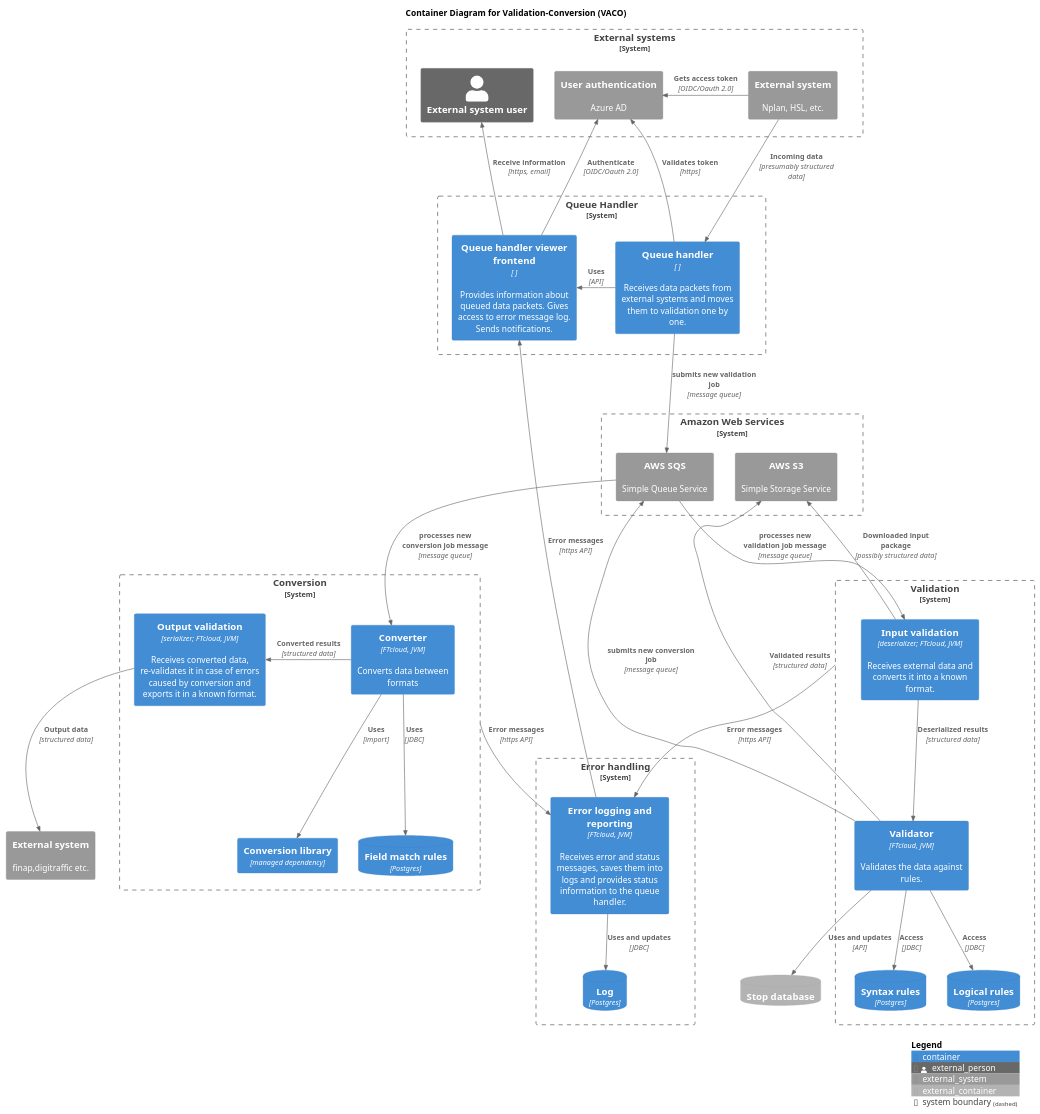
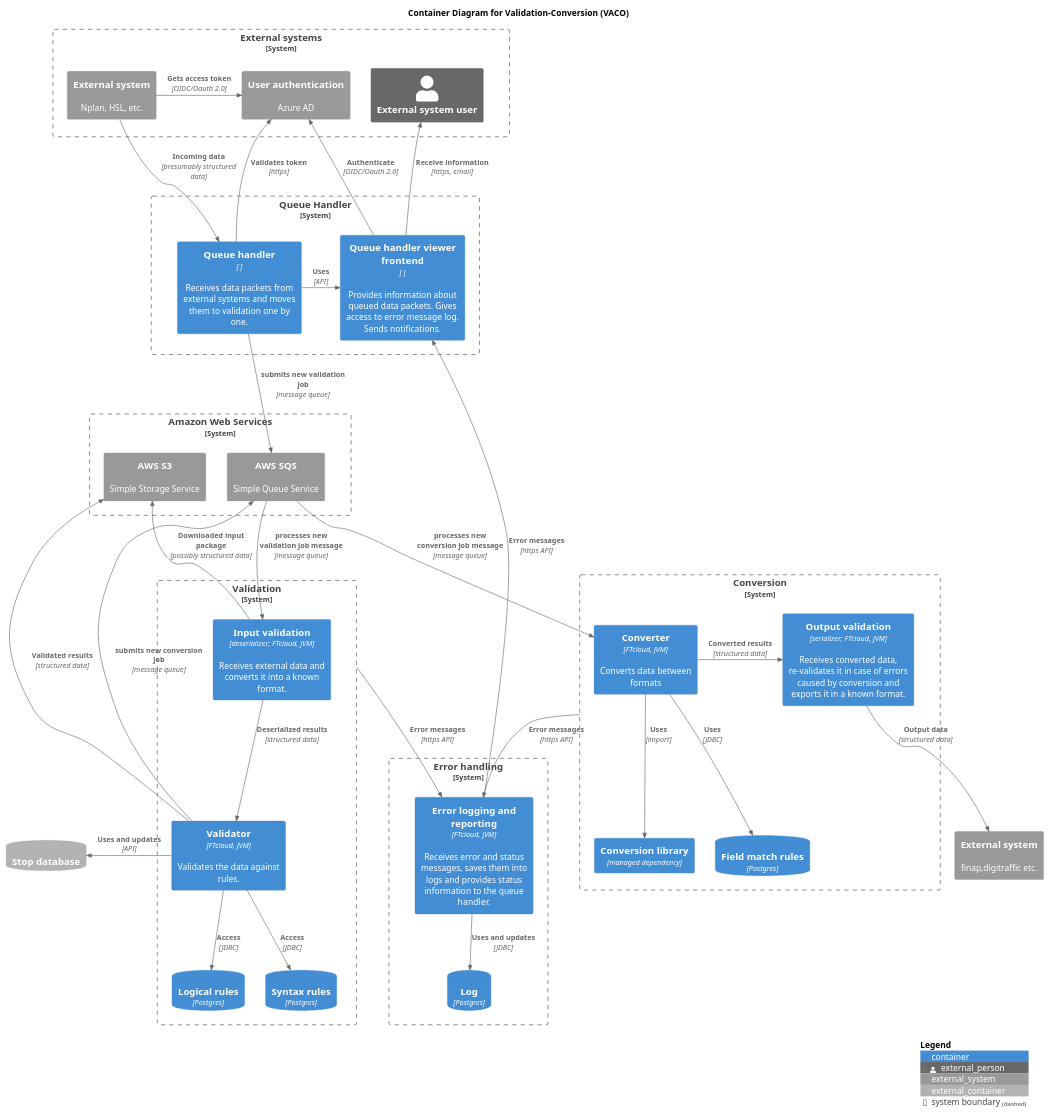
Before and after one commit to tmfg/digitraffic-tis-utilities: the diagram in architecture/tis/c4/l2_container_validator.puml, drawn with PlantUML.

Commit message:
minor layout wrangling

```diff
--- a/architecture/tis/c4/l2_container_validator.puml
+++ b/architecture/tis/c4/l2_container_validator.puml
@@ -1,99 +1,99 @@
 @startuml
 
 'TODO: Make Fintraffic-colored C4 theme
 '!theme cb_seq_OrRd_9 from ./layout
 !include https://raw.githubusercontent.com/plantuml-stdlib/C4-PlantUML/master/C4_Container.puml
 title Container Diagram for Validation-Conversion (VACO)
 
 LAYOUT_TOP_DOWN()
 
 System_Boundary(sb_externals,"External systems") {
     System_Ext(input,"External system","Nplan, HSL, etc.")
     Person_Ext(editor,"External system user")
     'System_Ext(fintraffic_id, "Fintraffic ID", "User access management")
     System_Ext(authentication,"User authentication","Azure AD")
 }
 Rel_L(input,authentication,"Gets access token","OIDC/Oauth 2.0")
 
 System_Ext(output,"External system","finap,digitraffic etc.")
 
 ''' Subsystem: Queue Handler
 System_Boundary(sb_queuehandler,"Queue Handler") {
     Container(handler,"Queue handler"," ","Receives data packets from external systems and moves them to validation one by one.")
     Container(handlerfront,"Queue handler viewer frontend"," ","Provides information about queued data packets. Gives access to error message log. Sends notifications.")
 }
 Rel(input,handler,"Incoming data","presumably structured data")
 ' Rel_U :s at this point force external systems boundary to top where we want them
 Rel_U(handler,authentication,"Validates token","https")
 Rel_U(handlerfront,editor,"Receive information","https, email")
 Rel_R(handler,handlerfront,"Uses","API")
 
 ''' External System: AWS
 System_Boundary(sb_aws, "Amazon Web Services") {
     System_Ext(aws_sqs, "AWS SQS", "Simple Queue Service")
     System_Ext(aws_s3, "AWS S3", "Simple Storage Service")
 }
 Lay_U(sb_aws,sb_queuehandler)
 Lay_U(sb_aws,sb_externals)
 
 ''' Subsystem: Validation
 System_Boundary(sb_validation,"Validation") {
     Container(inputvalidation,"Input validation","deserializer; FTcloud, JVM","Receives external data and converts it into a known format.")
     Container(validator,"Validator","FTcloud, JVM","Validates the data against rules.")
     ContainerDb(rules,"Syntax rules","Postgres")
     ContainerDb(logicalrules,"Logical rules", "Postgres")
 }
 Lay_U(sb_validation,sb_aws)
 ContainerDb_Ext(stopdb,"Stop database")
-Rel(validator,stopdb,"Uses and updates","API")
+Rel_L(validator,stopdb,"Uses and updates","API")
 Rel_D(inputvalidation,validator,"Deserialized results","structured data")
 Rel(validator,aws_s3,"Validated results","structured data")
 Rel_U(inputvalidation,aws_s3,"Downloaded input package","possibly structured data")
 
 ''' Subsystem: Conversion
 System_Boundary(sb_conversion,"Conversion") {
     Container(converter,"Converter","FTcloud, JVM","Converts data between formats")
     ContainerDb(fieldmatch,"Field match rules","Postgres")
     Container(conversionlibrary,"Conversion library","managed dependency")
     Container(outputvalidation,"Output validation","serializer; FTcloud, JVM","Receives converted data, re-validates it in case of errors caused by conversion and exports it in a known format.")
 }
 Lay_U(sb_conversion,sb_aws)
-Lay_L(sb_conversion,sb_aws)
+Lay_L(sb_conversion,sb_validation)
 Rel(converter,conversionlibrary,"Uses","import")
 Rel(converter,fieldmatch,"Uses","JDBC")
 Rel_R(converter,outputvalidation,"Converted results","structured data")
 Rel(outputvalidation,output,"Output data","structured data")
 Lay_D(sb_conversion,output)
 
 ''' Subsystem: Error Handling
 System_Boundary(sb_errorhandling,"Error handling") {
     Container(errorlogger,"Error logging and reporting","FTcloud, JVM","Receives error and status messages, saves them into logs and provides status information to the queue handler.")
 '    Container(logviewer,"Error log viewer","FTcloud,JVM","mahdollistaa virheilmoituslogin tarkastelun")
     ContainerDb(log,"Log","Postgres")
 }
 Lay_U(sb_errorhandling,sb_aws)
 Rel(sb_validation,errorlogger,"Error messages","https API")
 Rel(sb_conversion,errorlogger,"Error messages","https API")
 Rel(errorlogger, handlerfront,"Error messages","https API")
 Rel(validator,rules,"Access","JDBC")
 Rel(validator,logicalrules,"Access","JDBC")
 Rel(handlerfront,authentication,"Authenticate","OIDC/Oauth 2.0")
 Rel(errorlogger,log,"Uses and updates","JDBC")
 
 ''' inter-system connects
 Rel_D(handler, aws_sqs, "submits new validation job", "message queue")
 Rel_D(aws_sqs, inputvalidation, "processes new validation job message", "message queue")
 
 Rel(validator, aws_sqs, "submits new conversion job", "message queue")
 Rel(aws_sqs, converter, "processes new conversion job message", "message queue")
 
 'Rel(handler,inputvalidation,"Incoming data","presumably structured data")
 
 
 
 ' Rel(errorlogger,sendmail,"Error messages","email")
 ' Rel(logviewer,log,"Access","sql")
 
 
 SHOW_LEGEND()
 @enduml
```
